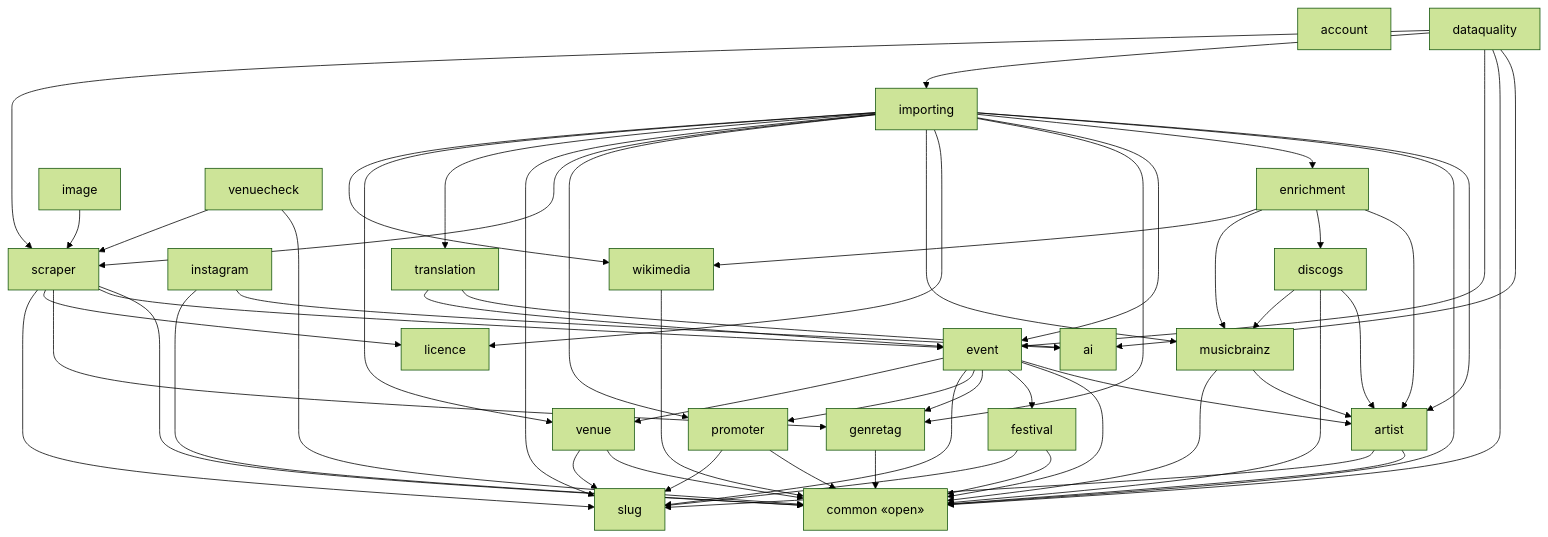
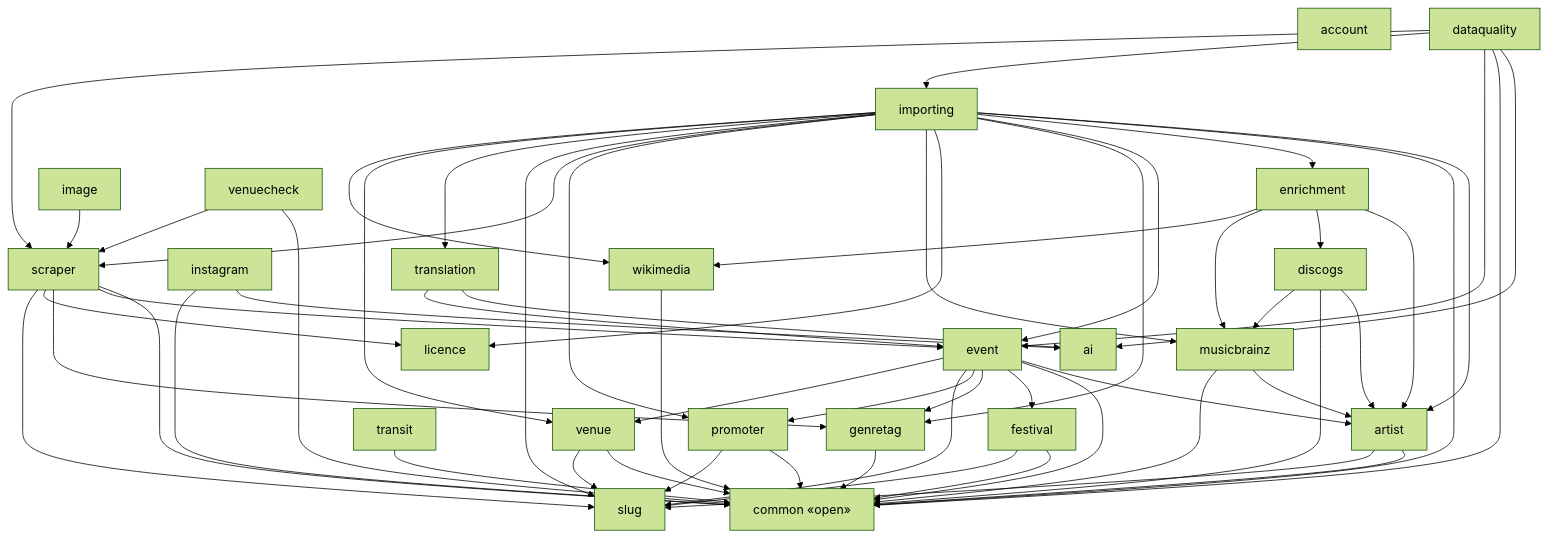
Before and after one commit to enorm-labs/event-junkie: the diagram in docs/architecture/modules-events-importer.md, drawn with Mermaid (forest theme). The commit also changed 39 other files, not shown here.

```diff
--- a/docs/architecture/modules-events-importer.md
+++ b/docs/architecture/modules-events-importer.md
@@ -26,6 +26,7 @@
     promoter["promoter"]
     scraper["scraper"]
     slug["slug"]
+    transit["transit"]
     translation["translation"]
     venue["venue"]
     venuecheck["venuecheck"]
@@ -80,6 +81,7 @@
     scraper --> genretag
     scraper --> licence
     scraper --> slug
+    transit --> common
     translation --> ai
     translation --> event
     venue --> common
```
